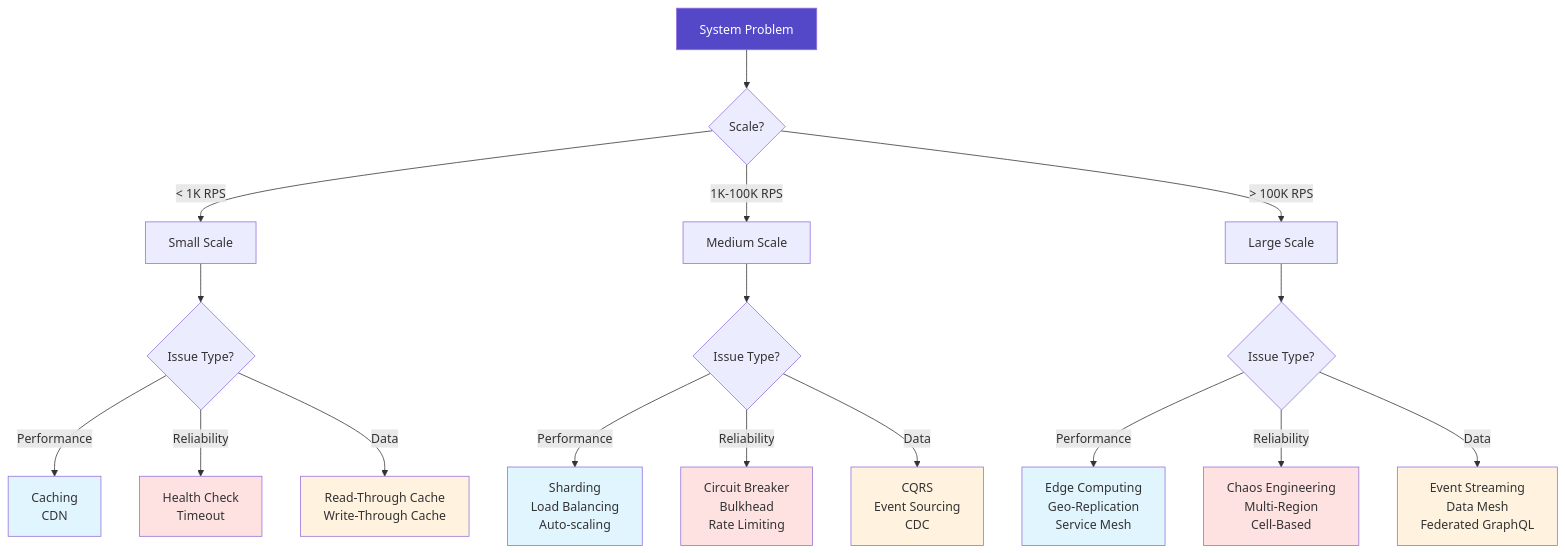
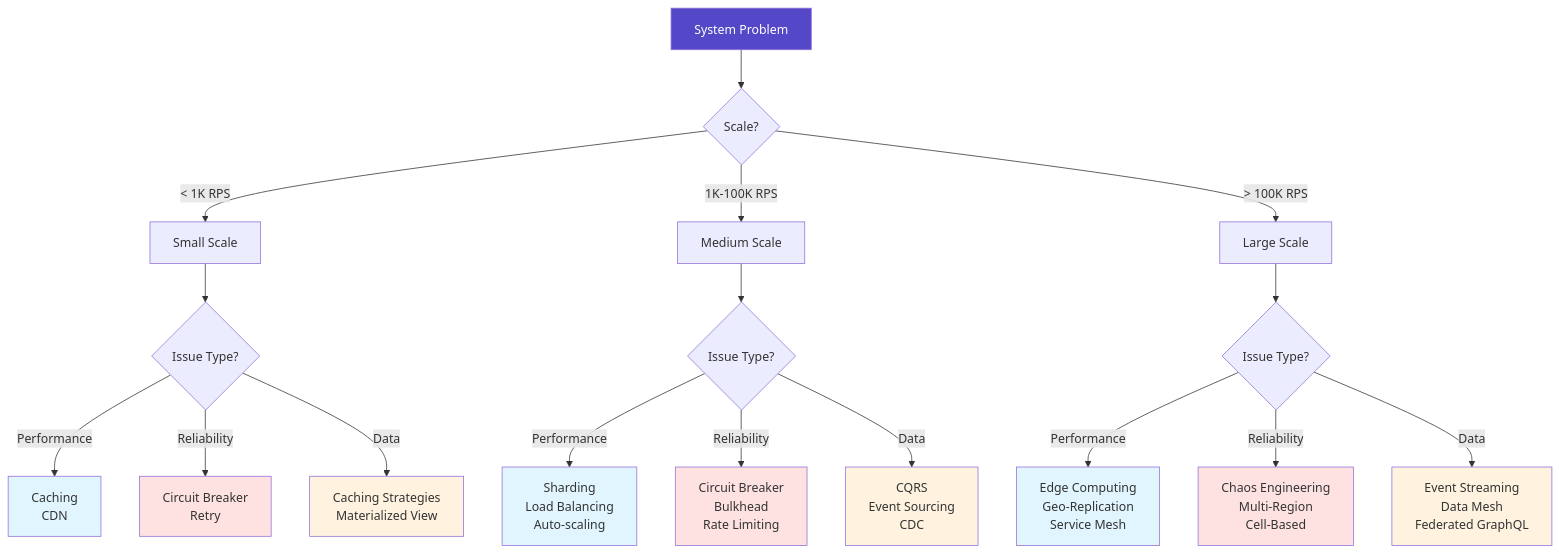
One commit to deepaucksharma/DStudio changed the first of 5 diagrams in docs/patterns/index.md. Above: the diagram before and after it, drawn with Mermaid. The commit also changed other lines of this file and 149 other files, not shown here.

````diff
--- a/docs/patterns/index.md
+++ b/docs/patterns/index.md
@@ -24,34 +65,34 @@
 ```mermaid
 graph TD
  Start["System Problem"] --> Scale{Scale?}
  
  Scale -->|"< 1K RPS"| Small[Small Scale]
  Scale -->|"1K-100K RPS"| Medium[Medium Scale]
  Scale -->|"> 100K RPS"| Large[Large Scale]
  
  Small --> S1{Issue Type?}
  S1 -->|Performance| SP["Caching<br/>CDN"]
- S1 -->|Reliability| SR["Health Check<br/>Timeout"]
- S1 -->|Data| SD["Read-Through Cache<br/>Write-Through Cache"]
+ S1 -->|Reliability| SR["Circuit Breaker<br/>Retry"]
+ S1 -->|Data| SD["Caching Strategies<br/>Materialized View"]
  
  Medium --> M1{Issue Type?}
  M1 -->|Performance| MP["Sharding<br/>Load Balancing<br/>Auto-scaling"]
  M1 -->|Reliability| MR["Circuit Breaker<br/>Bulkhead<br/>Rate Limiting"]
  M1 -->|Data| MD["CQRS<br/>Event Sourcing<br/>CDC"]
  
  Large --> L1{Issue Type?}
  L1 -->|Performance| LP["Edge Computing<br/>Geo-Replication<br/>Service Mesh"]
  L1 -->|Reliability| LR["Chaos Engineering<br/>Multi-Region<br/>Cell-Based"]
  L1 -->|Data| LD["Event Streaming<br/>Data Mesh<br/>Federated GraphQL"]
  
  style Start fill:#5448C8,color:#fff
  style SP fill:#e1f5fe
  style SR fill:#fee2e2
  style SD fill:#fff3e0
  style MP fill:#e1f5fe
  style MR fill:#fee2e2
  style MD fill:#fff3e0
  style LP fill:#e1f5fe
  style LR fill:#fee2e2
  style LD fill:#fff3e0
 ```
````
